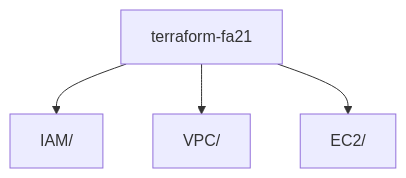
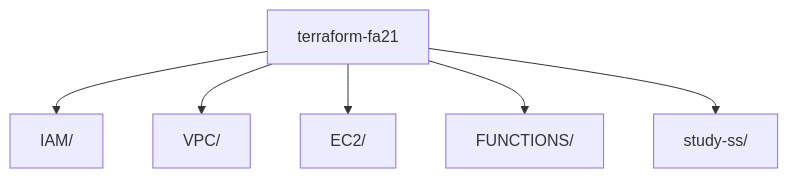
The diagram in README.md (102vosit/terraform-fa21), drawn with Mermaid before and after one commit.

````diff
--- a/README.md
+++ b/README.md
@@ -7,7 +7,9 @@
 ```mermaid
 graph TD;
 
 terraform-fa21-->IAM/;
 terraform-fa21-->VPC/;
 terraform-fa21-->EC2/;
+terraform-fa21-->FUNCTIONS/;
+terraform-fa21-->study-ss/;
 ```
````
